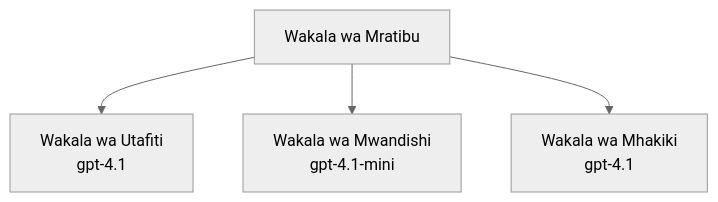
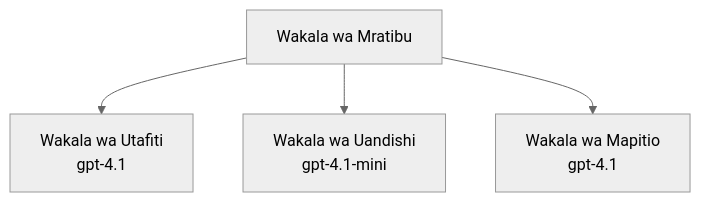
One commit to microsoft/AZD-for-beginners changed the third of 3 diagrams in translations/sw/docs/chapter-02-ai-development/agents.md. Above: the diagram before and after it, drawn with Mermaid (neutral theme). The commit also changed other lines of this file and 101 other files, not shown here.

````diff
--- a/translations/sw/docs/chapter-02-ai-development/agents.md
+++ b/translations/sw/docs/chapter-02-ai-development/agents.md
@@ -189,6 +194,6 @@
 ```mermaid
 graph TD
     Orchestrator[Wakala wa Mratibu] --> Research[Wakala wa Utafiti<br/>gpt-4.1]
-    Orchestrator --> Writer[Wakala wa Mwandishi<br/>gpt-4.1-mini]
-    Orchestrator --> Reviewer[Wakala wa Mhakiki<br/>gpt-4.1]
+    Orchestrator --> Writer[Wakala wa Uandishi<br/>gpt-4.1-mini]
+    Orchestrator --> Reviewer[Wakala wa Mapitio<br/>gpt-4.1]
 ```
````
